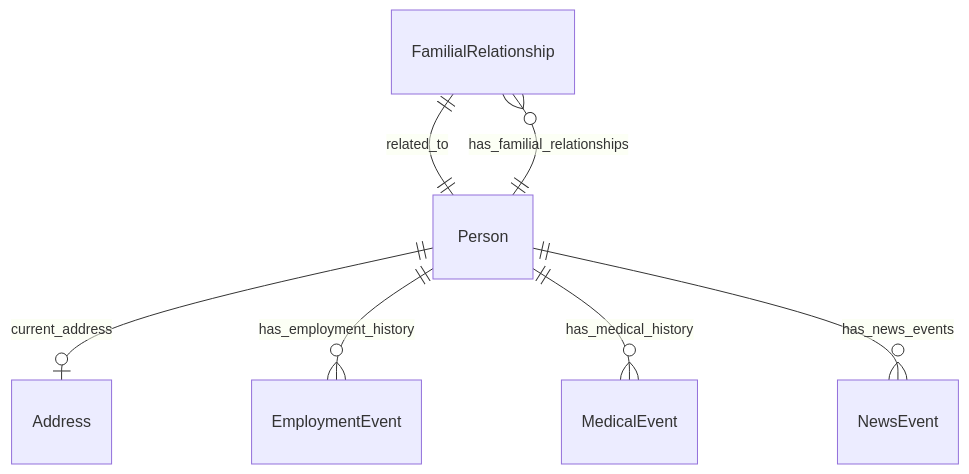
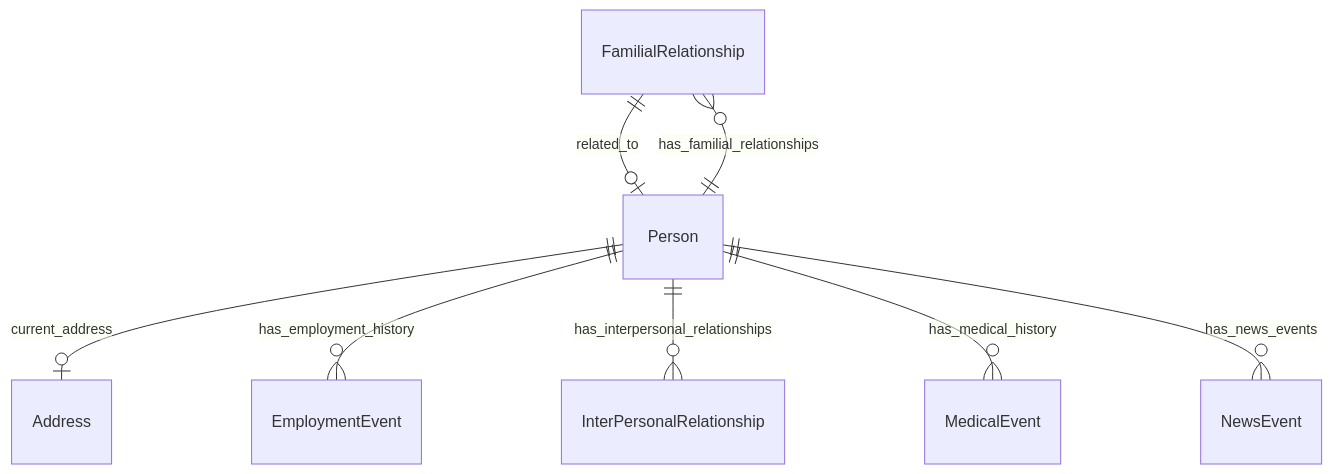
The ninth of 23 diagrams in tests/linkml/test_generators/__snapshots__/personinfo.md (linkml/linkml), drawn with Mermaid before and after one commit. The commit also changed other lines of this file, not shown here.

````diff
--- a/tests/linkml/test_generators/__snapshots__/personinfo.md
+++ b/tests/linkml/test_generators/__snapshots__/personinfo.md
@@ -373,17 +411,18 @@
 ```mermaid
 erDiagram
 FamilialRelationship {
 
 }
 Person {
 
 }
 
-FamilialRelationship ||--|| Person : "related_to"
+FamilialRelationship ||--|o Person : "related_to"
 Person ||--|o Address : "current_address"
 Person ||--}o EmploymentEvent : "has_employment_history"
 Person ||--}o FamilialRelationship : "has_familial_relationships"
+Person ||--}o InterPersonalRelationship : "has_interpersonal_relationships"
 Person ||--}o MedicalEvent : "has_medical_history"
 Person ||--}o NewsEvent : "has_news_events"
 
 ```
````
